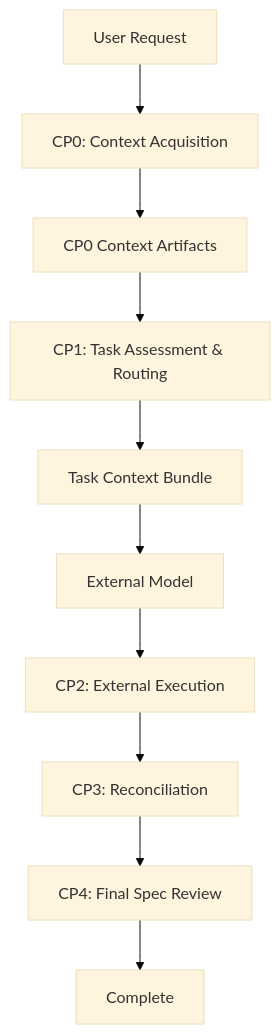
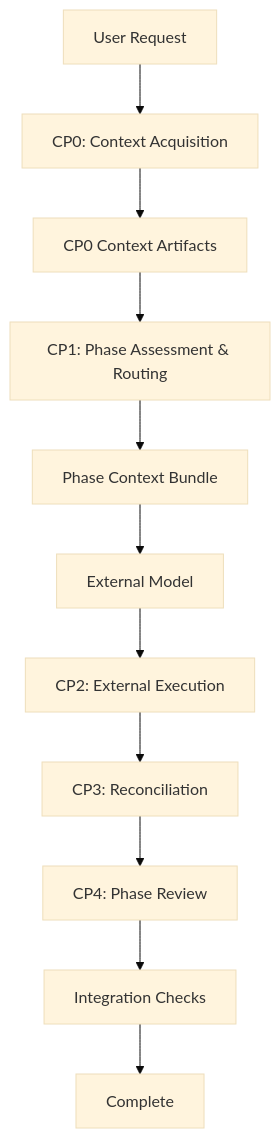
Before and after one commit to sitien173/refract: the third of 3 diagrams in plugin/docs/diagrams/ccg-workflow-architecture.md, drawn with Mermaid (base theme). The commit also changed other lines of this file and 50 other files, not shown here.

````diff
--- a/plugin/docs/diagrams/ccg-workflow-architecture.md
+++ b/plugin/docs/diagrams/ccg-workflow-architecture.md
@@ -37,12 +37,13 @@
 ```mermaid
 flowchart TD
     START[User Request] --> CP0[CP0: Context Acquisition]
     CP0 --> ARTIFACTS[CP0 Context Artifacts]
-    ARTIFACTS --> CP1[CP1: Task Assessment & Routing]
-    CP1 --> BUNDLE[Task Context Bundle]
+    ARTIFACTS --> CP1[CP1: Phase Assessment & Routing]
+    CP1 --> BUNDLE[Phase Context Bundle]
     BUNDLE --> MODEL[External Model]
     MODEL --> CP2[CP2: External Execution]
     CP2 --> CP3[CP3: Reconciliation]
-    CP3 --> CP4[CP4: Final Spec Review]
-    CP4 --> DONE[Complete]
+    CP3 --> CP4[CP4: Phase Review]
+    CP4 --> INTEGRATE[Integration Checks]
+    INTEGRATE --> DONE[Complete]
 ```
````
